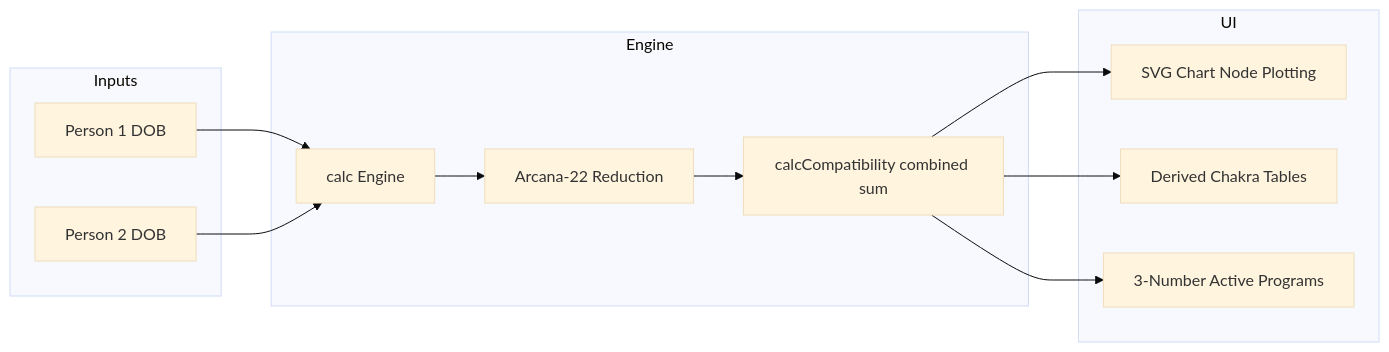
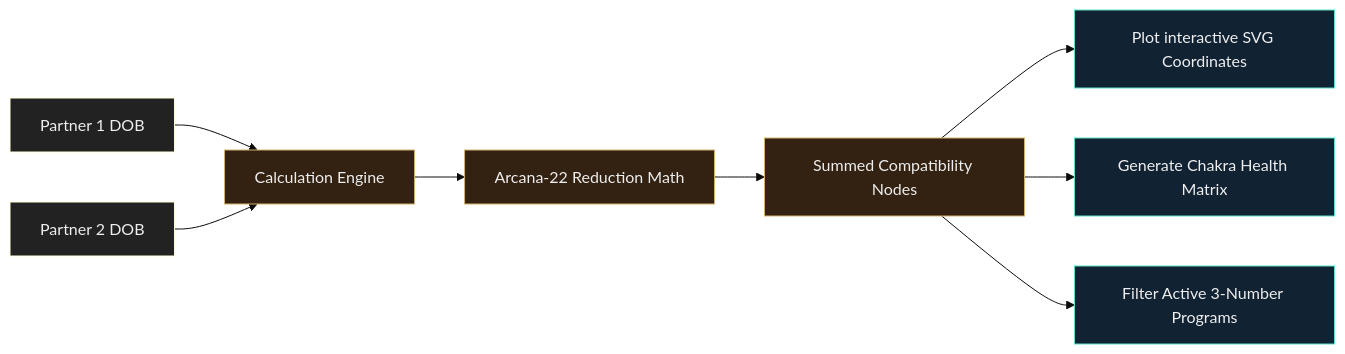
Before and after one commit to AhmadHassan-BTed/SoulMatrix: the third of 5 diagrams in README.md, drawn with Mermaid (base theme). The commit also changed other lines of this file and 2 other files, not shown here.

Commit message:
Beautify README with professional charts and badges, clean AI comments from source codes, and attribute project creator credit to Ahmad Hassan (B-Ted)

````diff
--- a/README.md
+++ b/README.md
@@ -61,24 +139,14 @@
 ```mermaid
 graph LR
-    subgraph Inputs
-        P1[Person 1 DOB]
-        P2[Person 2 DOB]
-    end
-    subgraph Engine
-        Calc[calc Engine]
-        Reduce[Arcana-22 Reduction]
-        Compat[calcCompatibility combined sum]
-    end
-    subgraph UI
-        Chart[SVG Chart Node Plotting]
-        Chakras[Derived Chakra Tables]
-        Programs[3-Number Active Programs]
-    end
-    P1 --> Calc
-    P2 --> Calc
-    Calc --> Reduce
-    Reduce --> Compat
-    Compat --> Chart
-    Compat --> Chakras
-    Compat --> Programs
+    classDef input fill:#222,stroke:#ffffd9,color:#eee;
+    classDef math fill:#332211,stroke:#d4af6e,color:#eee;
+    classDef output fill:#112233,stroke:#5cdec8,color:#eee;
+
+    DOB1[Partner 1 DOB]:::input --> Engine[Calculation Engine]:::math
+    DOB2[Partner 2 DOB]:::input --> Engine
+    Engine --> Arcana[Arcana-22 Reduction Math]:::math
+    Arcana --> Output[Summed Compatibility Nodes]:::math
+    Output --> SVG[Plot interactive SVG Coordinates]:::output
+    Output --> Table[Generate Chakra Health Matrix]:::output
+    Output --> Prog[Filter Active 3-Number Programs]:::output
 ```
````
